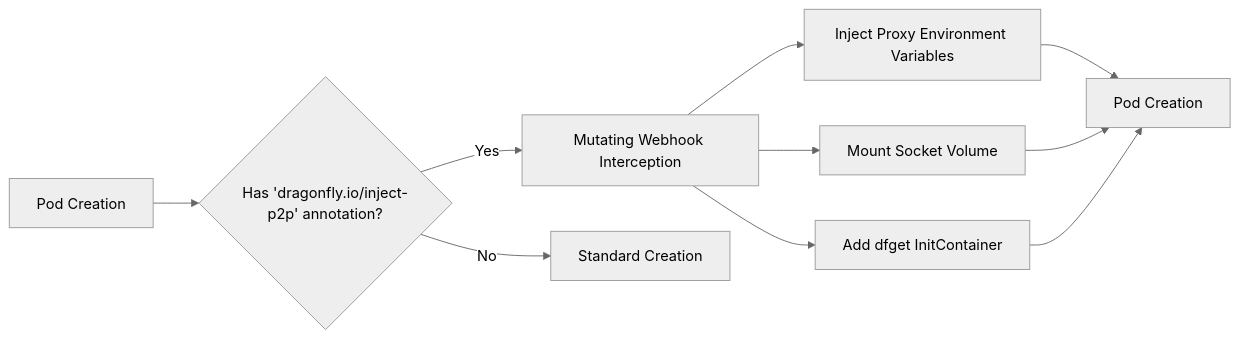
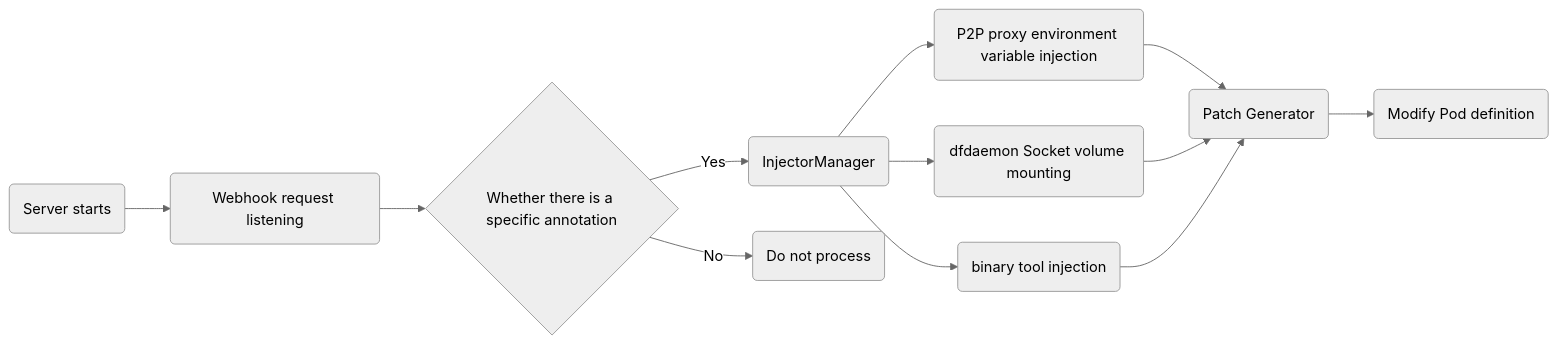
The diagram in systems-analysis/webhook-based-automated-p2p-client-injection/README.md (dragonflyoss/design), drawn with Mermaid (neutral theme) before and after one commit. The commit also changed other lines of this file, not shown here.

````diff
--- a/systems-analysis/webhook-based-automated-p2p-client-injection/README.md
+++ b/systems-analysis/webhook-based-automated-p2p-client-injection/README.md
@@ -41,12 +31,15 @@
 ```mermaid
 graph LR
-A[Pod Creation] --> B{Has 'dragonfly.io/inject-p2p' annotation?}
-B -- Yes --> C[Mutating Webhook Interception]
-C --> D[Inject Proxy Environment Variables]
-C --> E[Mount Socket Volume]
-C --> F[Add dfget InitContainer]
-B -- No --> G[Standard Creation]
-D --> H[Pod Creation]
-E --> H[Pod Creation]
-F --> H[Pod Creation]
+    B(Server starts)
+    B --> C(Webhook request listening)
+    C --> D{Whether there is a specific annotation}
+    D -->|Yes| E(InjectorManager)
+    D -->|No| F(Do not process)
+    E --> E1(P2P proxy environment variable injection)
+    E --> E2(dfdaemon Socket volume mounting)
+    E --> E3(binary tool injection)
+    E1 --> H(Patch Generator)
+    E2 --> H
+    E3 --> H
+    H --> K(Modify Pod definition)
 ```
````
